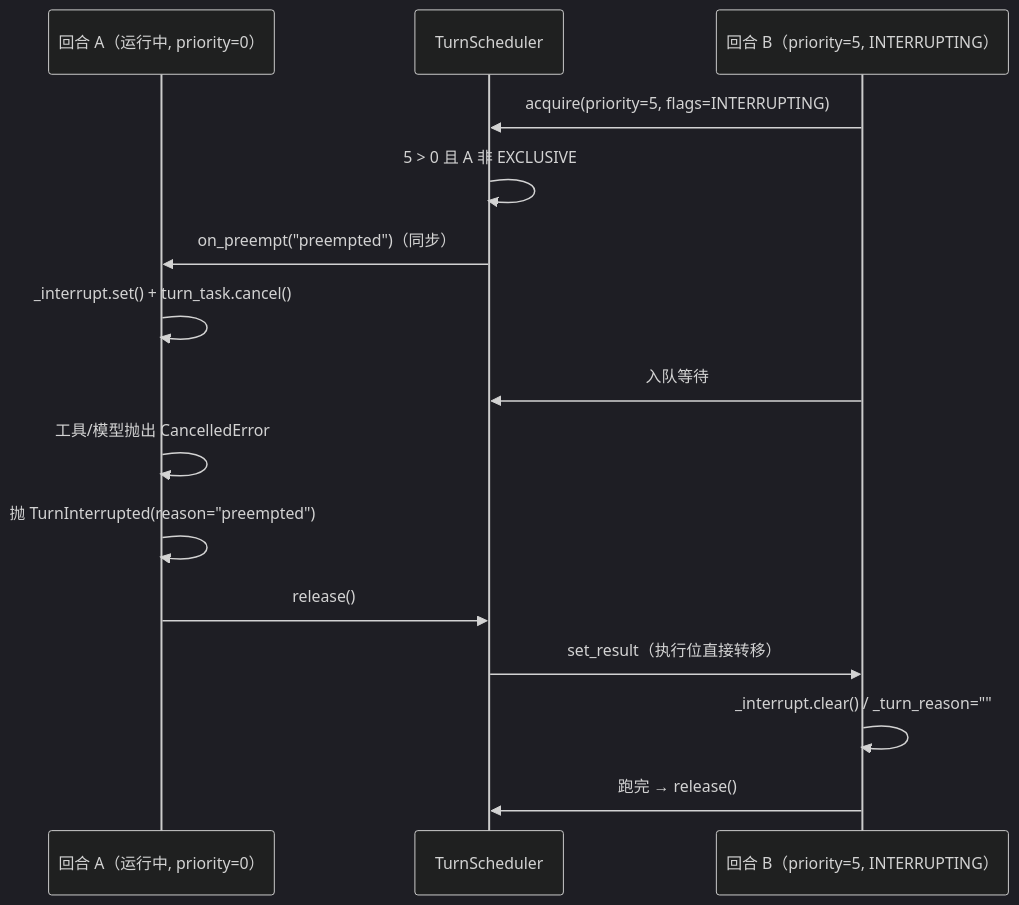
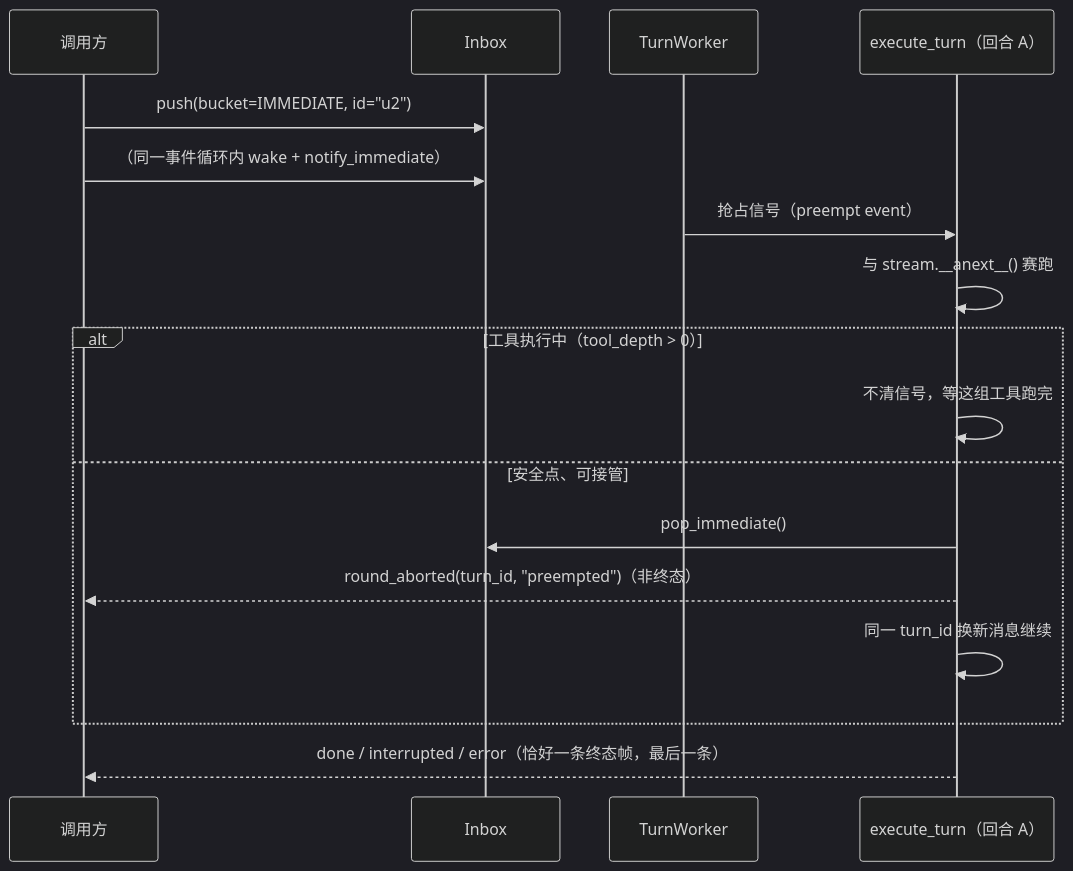
One commit to liwusen/liorium-framework changed the diagram in docs/design/scheduler.md. Above: the diagram before and after it, drawn with Mermaid (dark theme). The commit also changed other lines of this file and 126 other files, not shown here.

````diff
--- a/docs/design/scheduler.md
+++ b/docs/design/scheduler.md
@@ -65,18 +63,20 @@
 ```mermaid
 sequenceDiagram
-    participant A as 回合 A（运行中, priority=0）
-    participant S as TurnScheduler
-    participant B as 回合 B（priority=5, INTERRUPTING）
+    participant C as 调用方
+    participant I as Inbox
+    participant W as TurnWorker
+    participant T as execute_turn（回合 A）
 
-    B->>S: acquire(priority=5, flags=INTERRUPTING)
-    S->>S: 5 > 0 且 A 非 EXCLUSIVE
-    S->>A: on_preempt("preempted")（同步）
-    A->>A: _interrupt.set() + turn_task.cancel()
-    B->>S: 入队等待
-    A->>A: 工具/模型抛出 CancelledError
-    A->>A: 抛 TurnInterrupted(reason="preempted")
-    A->>S: release()
-    S->>B: set_result（执行位直接转移）
-    B->>B: _interrupt.clear() / _turn_reason=""
-    B->>S: 跑完 → release()
+    C->>I: push(bucket=IMMEDIATE, id="u2")
+    C->>I: （同一事件循环内 wake + notify_immediate）
+    W->>T: 抢占信号（preempt event）
+    T->>T: 与 stream.__anext__() 赛跑
+    alt 工具执行中（tool_depth > 0）
+        T->>T: 不清信号，等这组工具跑完
+    else 安全点、可接管
+        T->>I: pop_immediate()
+        T-->>C: round_aborted(turn_id, "preempted")（非终态）
+        T->>T: 同一 turn_id 换新消息继续
+    end
+    T-->>C: done / interrupted / error（恰好一条终态帧，最后一条）
 ```
````
